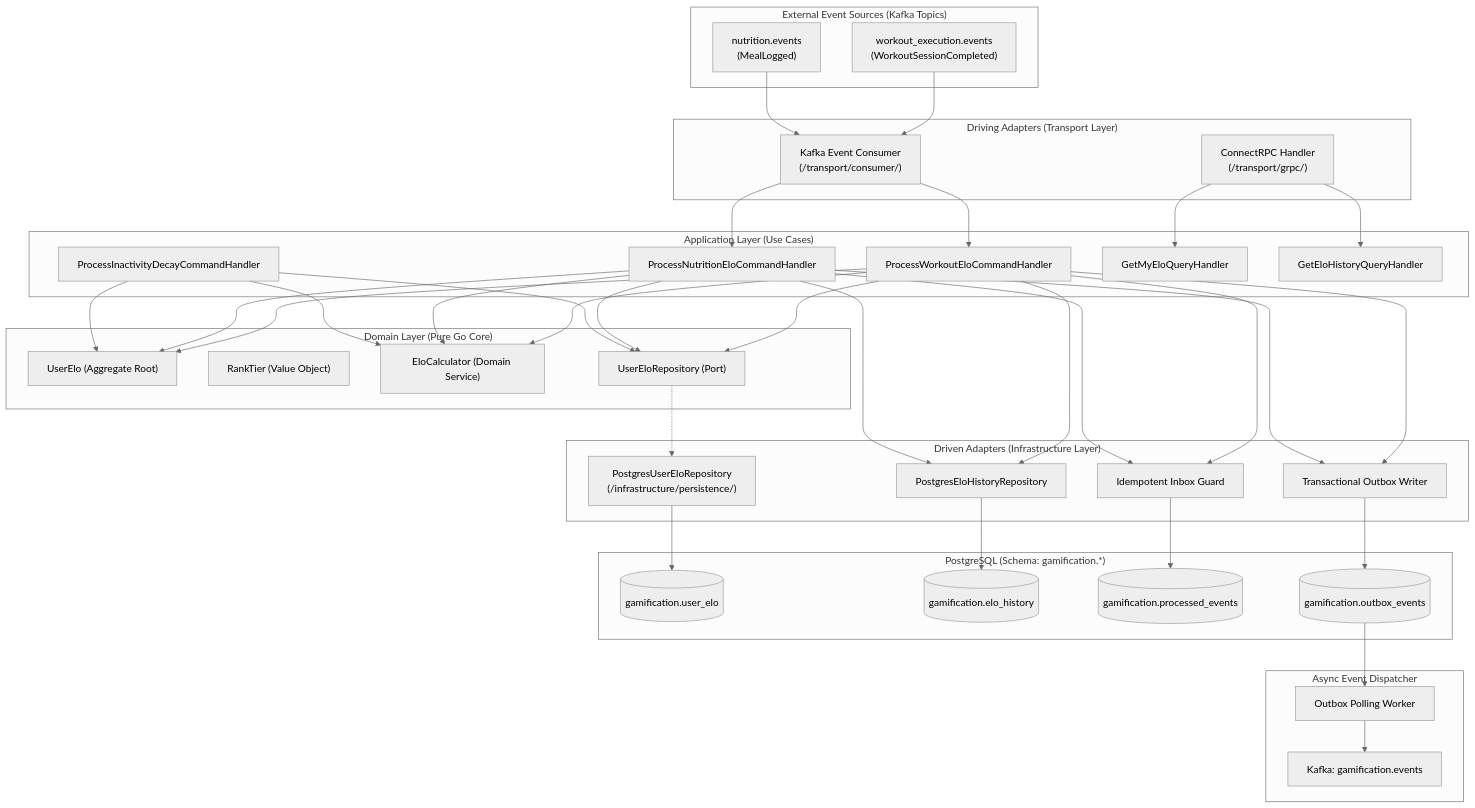
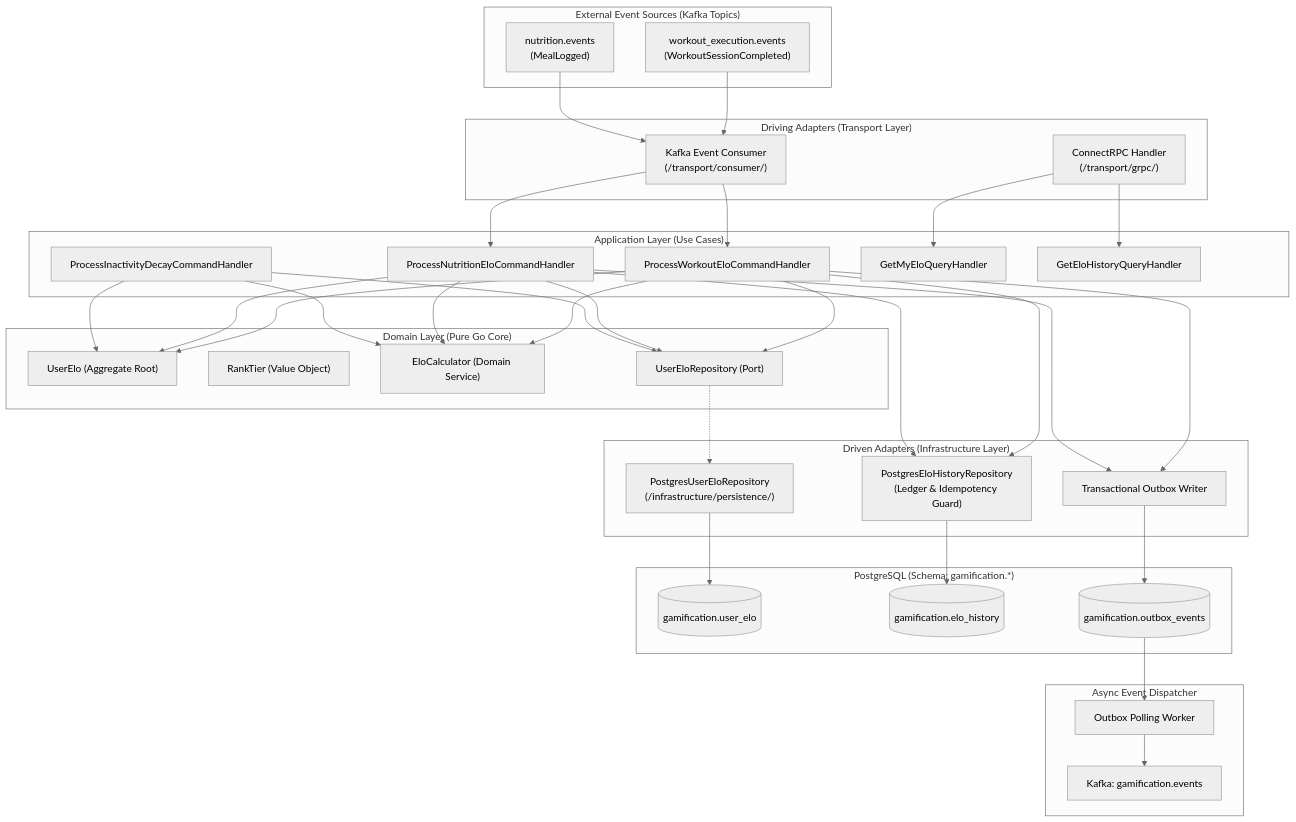
One commit to viethung213/gym-companion changed the first of 7 diagrams in internal/gamification/docs/features/elo-and-rank-tiers/02-design.md. Above: the diagram before and after it, drawn with Mermaid (neutral theme). The commit also changed other lines of this file and 7 other files, not shown here.

First line of the commit message:
📝 docs(gamification): prune redundant schema and synchronize elo spec

````diff
--- a/internal/gamification/docs/features/elo-and-rank-tiers/02-design.md
+++ b/internal/gamification/docs/features/elo-and-rank-tiers/02-design.md
@@ -17,62 +17,59 @@
 ```mermaid
 flowchart TD
     subgraph ExternalSources["External Event Sources (Kafka Topics)"]
         W_EVT["workout_execution.events<br/>(WorkoutSessionCompleted)"]
         N_EVT["nutrition.events<br/>(MealLogged)"]
     end
 
     subgraph DrivingAdapters["Driving Adapters (Transport Layer)"]
         K_CONS["Kafka Event Consumer<br/>(/transport/consumer/)"]
         RPC_SRV["ConnectRPC Handler<br/>(/transport/grpc/)"]
     end
 
     subgraph ApplicationLayer["Application Layer (Use Cases)"]
         CMD_WORKOUT["ProcessWorkoutEloCommandHandler"]
         CMD_NUTRI["ProcessNutritionEloCommandHandler"]
         CMD_DECAY["ProcessInactivityDecayCommandHandler"]
         QRY_MY_ELO["GetMyEloQueryHandler"]
         QRY_HIST["GetEloHistoryQueryHandler"]
     end
 
     subgraph DomainLayer["Domain Layer (Pure Go Core)"]
         AGG_ELO["UserElo (Aggregate Root)"]
         VO_TIER["RankTier (Value Object)"]
         SRV_CALC["EloCalculator (Domain Service)"]
         PORT_REPO["UserEloRepository (Port)"]
     end
 
     subgraph DrivenAdapters["Driven Adapters (Infrastructure Layer)"]
         REPO_ELO["PostgresUserEloRepository<br/>(/infrastructure/persistence/)"]
-        REPO_HIST["PostgresEloHistoryRepository"]
-        INBOX["Idempotent Inbox Guard"]
+        REPO_HIST["PostgresEloHistoryRepository<br/>(Ledger & Idempotency Guard)"]
         OUTBOX["Transactional Outbox Writer"]
     end
 
     subgraph Database["PostgreSQL (Schema: gamification.*)"]
         DB_ELO[("gamification.user_elo")]
         DB_HIST[("gamification.elo_history")]
-        DB_INBOX[("gamification.processed_events")]
         DB_OUTBOX[("gamification.outbox_events")]
     end
 
     subgraph OutboxWorker["Async Event Dispatcher"]
         WORKER["Outbox Polling Worker"]
         TOPIC_OUT["Kafka: gamification.events"]
     end
 
     W_EVT & N_EVT --> K_CONS
     K_CONS --> CMD_WORKOUT & CMD_NUTRI
     RPC_SRV --> QRY_MY_ELO & QRY_HIST
 
     CMD_WORKOUT & CMD_NUTRI & CMD_DECAY --> AGG_ELO & SRV_CALC
     CMD_WORKOUT & CMD_NUTRI & CMD_DECAY --> PORT_REPO
     PORT_REPO -.-> REPO_ELO
 
-    CMD_WORKOUT & CMD_NUTRI --> INBOX & REPO_HIST & OUTBOX
-    INBOX --> DB_INBOX
+    CMD_WORKOUT & CMD_NUTRI --> REPO_HIST & OUTBOX
     REPO_ELO --> DB_ELO
     REPO_HIST --> DB_HIST
     OUTBOX --> DB_OUTBOX
 
     DB_OUTBOX --> WORKER --> TOPIC_OUT
 ```
````
